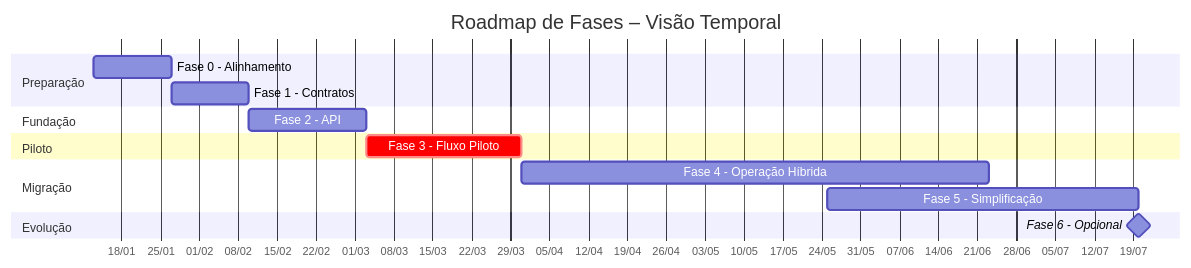
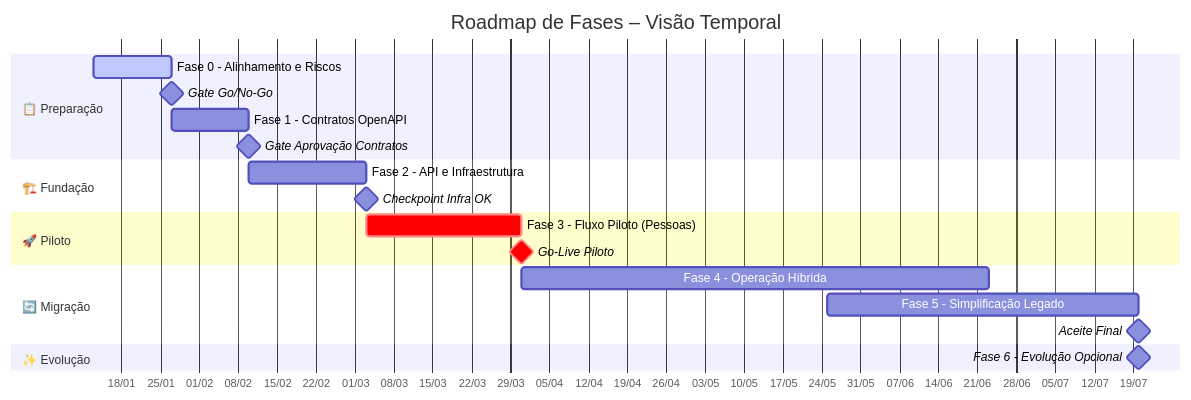
One commit to Evilazaro/Azure-LogicApps-Monitoring changed the seventh of 9 diagrams in docs/planoProjetoModernizacao.md. Above: the diagram before and after it, drawn with Mermaid. The commit also changed other lines of this file, not shown here.

First line of the commit message:
Refactor diagram text for improved formatting

````diff
--- a/docs/planoProjetoModernizacao.md
+++ b/docs/planoProjetoModernizacao.md
@@ -874,26 +923,73 @@
 ```mermaid
 ---
 title: "Roadmap de Fases – Visão Temporal"
 ---
 gantt
+    %% ═══════════════════════════════════════════════════════════════
+    %% DIAGRAMA: Roadmap de Fases do Projeto de Modernização
+    %% PROPÓSITO: Visualizar a linha do tempo das fases do projeto,
+    %%            dependências entre atividades e marcos de decisão
+    %% PADRÃO: Strangler Pattern (migração incremental por fluxo)
+    %% ═══════════════════════════════════════════════════════════════
+
+    %% ───────────────────────────────────────────────────────────────
+    %% CONFIGURAÇÃO DO GRÁFICO
+    %% - dateFormat: formato de entrada das datas (YYYY-MM-DD)
+    %% - axisFormat: formato de exibição no eixo (dia/mês)
+    %% - tickInterval: intervalo entre marcações (1 semana)
+    %% - todayMarker: linha indicando a data atual
+    %% ───────────────────────────────────────────────────────────────
     dateFormat YYYY-MM-DD
     axisFormat %d/%m
     tickInterval 1week
+    todayMarker stroke-width:2px,stroke:#4F46E5,opacity:0.7
 
-    section Preparação
-    Fase 0 - Alinhamento          :f0, 2026-01-13, 2w
-    Fase 1 - Contratos            :f1, after f0, 2w
+    %% ───────────────────────────────────────────────────────────────
+    %% SEÇÃO: PREPARAÇÃO
+    %% Objetivo: Estabelecer base de governança e contratos
+    %% - Fase 0: Alinhamento, inventário técnico, backlog
+    %% - Fase 1: Definição de contratos OpenAPI e padrões
+    %% ───────────────────────────────────────────────────────────────
+    section 📋 Preparação
+    Fase 0 - Alinhamento e Riscos    :active, f0, 2026-01-13, 2w
+    Gate Go/No-Go                    :milestone, m0, after f0, 0d
+    Fase 1 - Contratos OpenAPI       :f1, after f0, 2w
+    Gate Aprovação Contratos         :milestone, m1, after f1, 0d
 
-    section Fundação
-    Fase 2 - API                  :f2, after f1, 3w
+    %% ───────────────────────────────────────────────────────────────
+    %% SEÇÃO: FUNDAÇÃO
+    %% Objetivo: Construir infraestrutura base da API
+    %% - Fase 2: API scaffold, CI/CD, observabilidade básica
+    %% ───────────────────────────────────────────────────────────────
+    section 🏗️ Fundação
+    Fase 2 - API e Infraestrutura    :f2, after f1, 3w
+    Checkpoint Infra OK              :milestone, m2, after f2, 0d
 
-    section Piloto
-    Fase 3 - Fluxo Piloto         :crit, f3, after f2, 4w
+    %% ───────────────────────────────────────────────────────────────
+    %% SEÇÃO: PILOTO
+    %% Objetivo: Validar padrões com primeiro fluxo em produção
+    %% - Fase 3: Fluxo piloto (Cadastro de Pessoas) - CRÍTICO
+    %% ───────────────────────────────────────────────────────────────
+    section 🚀 Piloto
+    Fase 3 - Fluxo Piloto (Pessoas)  :crit, f3, after f2, 4w
+    Go-Live Piloto                   :milestone, crit, m3, after f3, 0d
 
-    section Migração
-    Fase 4 - Operação Híbrida     :f4, after f3, 12w
-    Fase 5 - Simplificação        :f5, 2026-05-25, 8w
+    %% ───────────────────────────────────────────────────────────────
+    %% SEÇÃO: MIGRAÇÃO
+    %% Objetivo: Escalar migração fluxo a fluxo
+    %% - Fase 4: Operação híbrida (legado + API coexistem)
+    %% - Fase 5: Simplificação do legado (remoção de timers)
+    %% ───────────────────────────────────────────────────────────────
+    section 🔄 Migração
+    Fase 4 - Operação Híbrida        :f4, after f3, 12w
+    Fase 5 - Simplificação Legado    :f5, 2026-05-25, 8w
+    Aceite Final                     :milestone, m5, after f5, 0d
 
-    section Evolução
-    Fase 6 - Opcional             :milestone, f6, after f5, 0d
+    %% ───────────────────────────────────────────────────────────────
+    %% SEÇÃO: EVOLUÇÃO
+    %% Objetivo: Evoluções opcionais por demanda
+    %% - Fase 6: Mensageria, eventos, preparação Nimbus (sob ROI)
+    %% ───────────────────────────────────────────────────────────────
+    section ✨ Evolução
+    Fase 6 - Evolução Opcional       :milestone, f6, after f5, 0d
 ```
````
